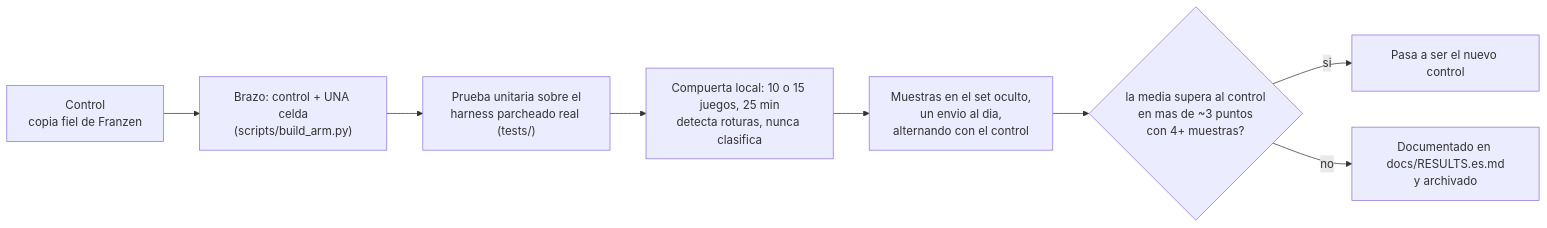
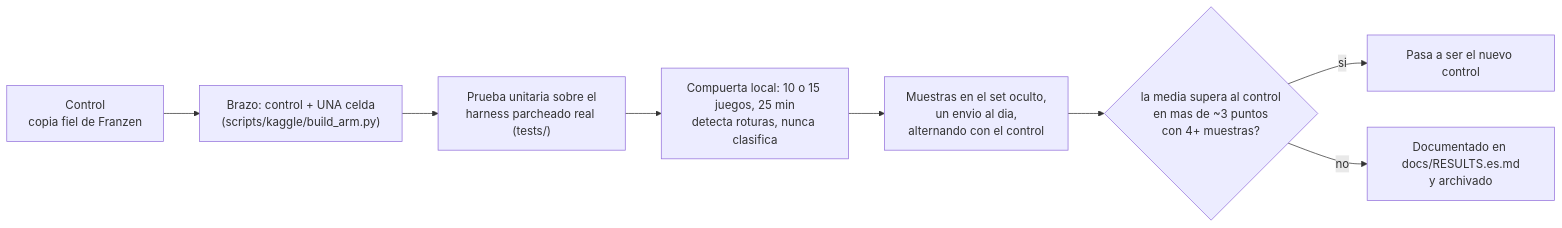
One commit to jvilladuque90/arc-prize-2026-arc-agi-3 changed the second of 2 diagrams in docs/APPROACH.es.md. Above: the diagram before and after it, drawn with Mermaid. The commit also changed 33 other files, not shown here.

````diff
--- a/docs/APPROACH.es.md
+++ b/docs/APPROACH.es.md
@@ -83,10 +83,10 @@
 ```mermaid
 flowchart LR
-  A["Control<br/>copia fiel de Franzen"] --> B["Brazo: control + UNA celda<br/>(scripts/build_arm.py)"]
+  A["Control<br/>copia fiel de Franzen"] --> B["Brazo: control + UNA celda<br/>(scripts/kaggle/build_arm.py)"]
   B --> C["Prueba unitaria sobre el<br/>harness parcheado real (tests/)"]
   C --> D["Compuerta local: 10 o 15 juegos, 25 min<br/>detecta roturas, nunca clasifica"]
   D --> E["Muestras en el set oculto,<br/>un envio al dia,<br/>alternando con el control"]
   E --> F{"la media supera al control<br/>en mas de ~3 puntos<br/>con 4+ muestras?"}
   F -- si --> G["Pasa a ser el nuevo control"]
   F -- no --> H["Documentado en docs/RESULTS.es.md<br/>y archivado"]
 ```
````
